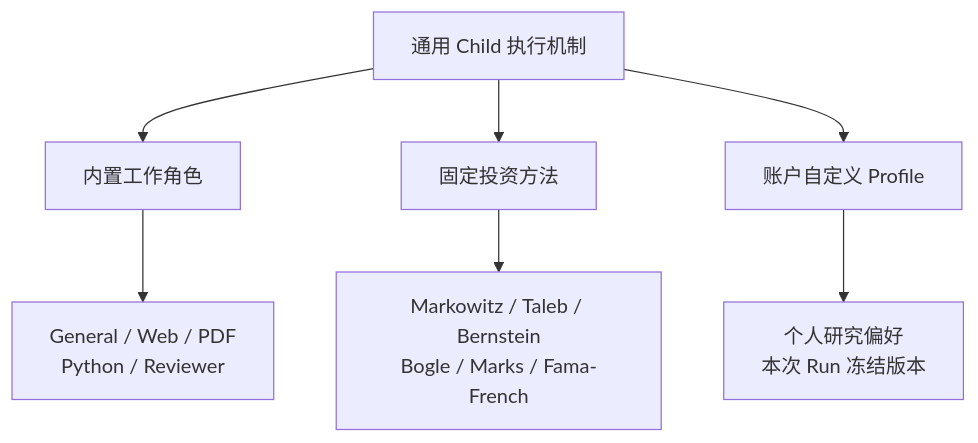
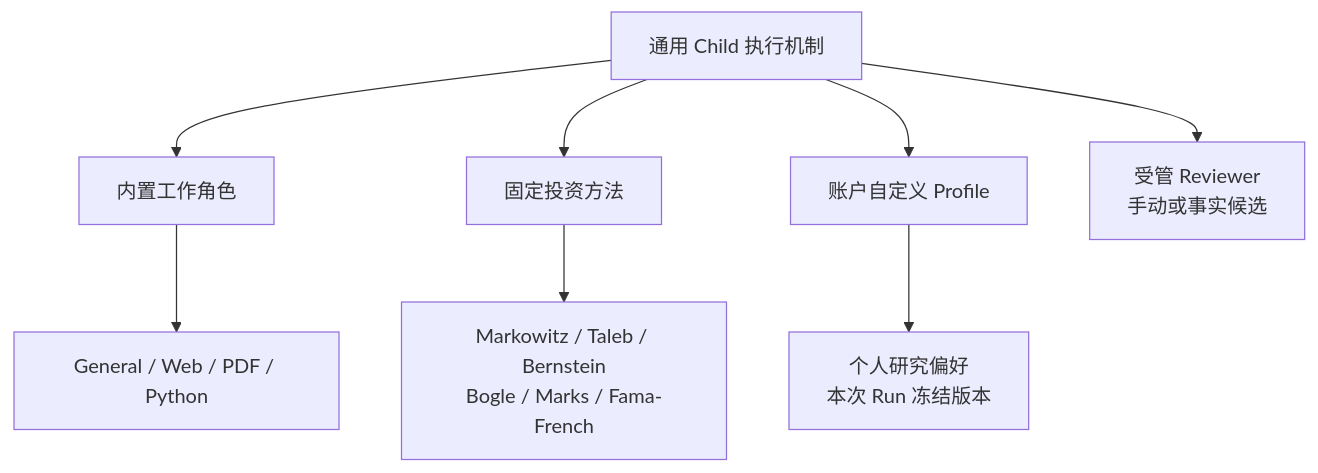
One commit to hpoenixf/eff-agent-article changed the first of 4 diagrams in articles/agent-subagent-context-specialization.md. Above: the diagram before and after it, drawn with Mermaid. The commit also changed other lines of this file, not shown here.

````diff
--- a/articles/agent-subagent-context-specialization.md
+++ b/articles/agent-subagent-context-specialization.md
@@ -27,16 +27,18 @@
 ```mermaid
 flowchart TD
     Runtime["通用 Child 执行机制"]
     Builtin["内置工作角色"]
     Methods["固定投资方法"]
     Custom["账户自定义 Profile"]
-    Roles["General / Web / PDF<br/>Python / Reviewer"]
+    Roles["General / Web / PDF / Python"]
     Invest["Markowitz / Taleb / Bernstein<br/>Bogle / Marks / Fama-French"]
     User["个人研究偏好<br/>本次 Run 冻结版本"]
+    Managed["受管 Reviewer<br/>手动或事实候选"]
+    Runtime --> Managed
     Runtime --> Builtin
     Runtime --> Methods
     Runtime --> Custom
     Builtin --> Roles
     Methods --> Invest
     Custom --> User
 ```
````
